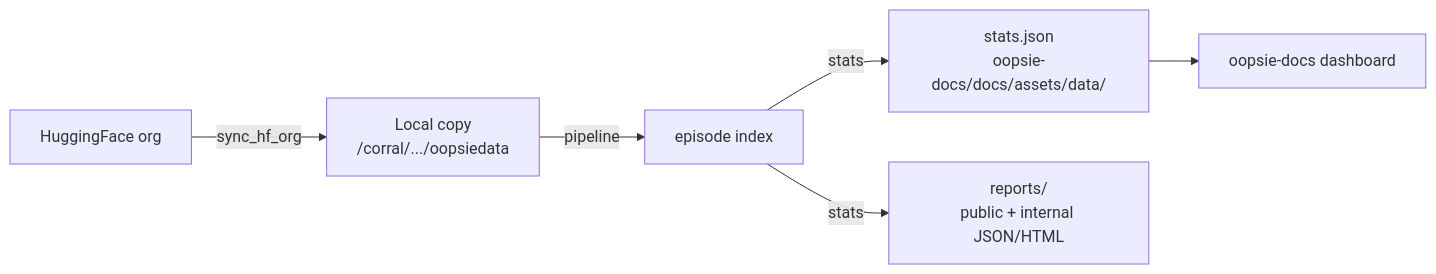
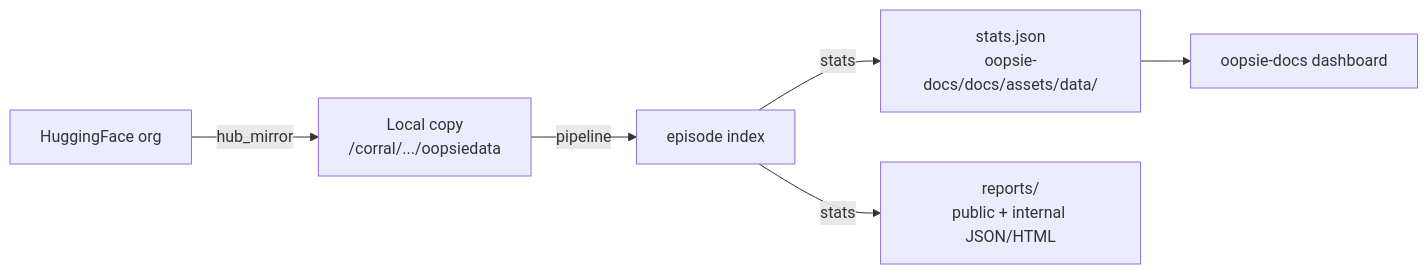
Before and after one commit to oopsie-data/oopsie-backend: the diagram in docs/sync-and-stats.md, drawn with Mermaid. The commit also changed other lines of this file and 10 other files, not shown here.

````diff
--- a/docs/sync-and-stats.md
+++ b/docs/sync-and-stats.md
@@ -7,8 +7,8 @@
 ```mermaid
 flowchart LR
-  HF["HuggingFace org"] -->|sync_hf_org| Local["Local copy\n/corral/.../oopsiedata"]
+  HF["HuggingFace org"] -->|hub_mirror| Local["Local copy\n/corral/.../oopsiedata"]
   Local -->|pipeline| Index["episode index"]
   Index -->|stats| Stats["stats.json\noopsie-docs/docs/assets/data/"]
   Index -->|stats| Reports["reports/\npublic + internal JSON/HTML"]
   Stats --> Dashboard["oopsie-docs dashboard"]
 ```
````
